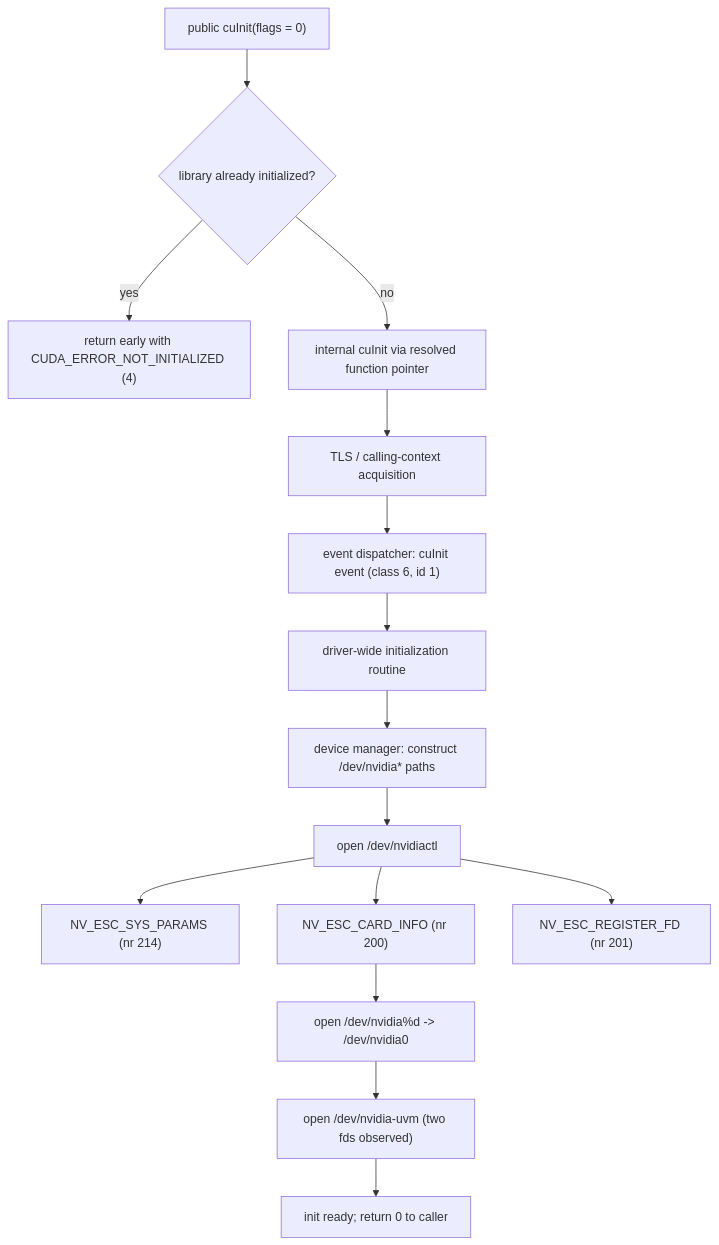
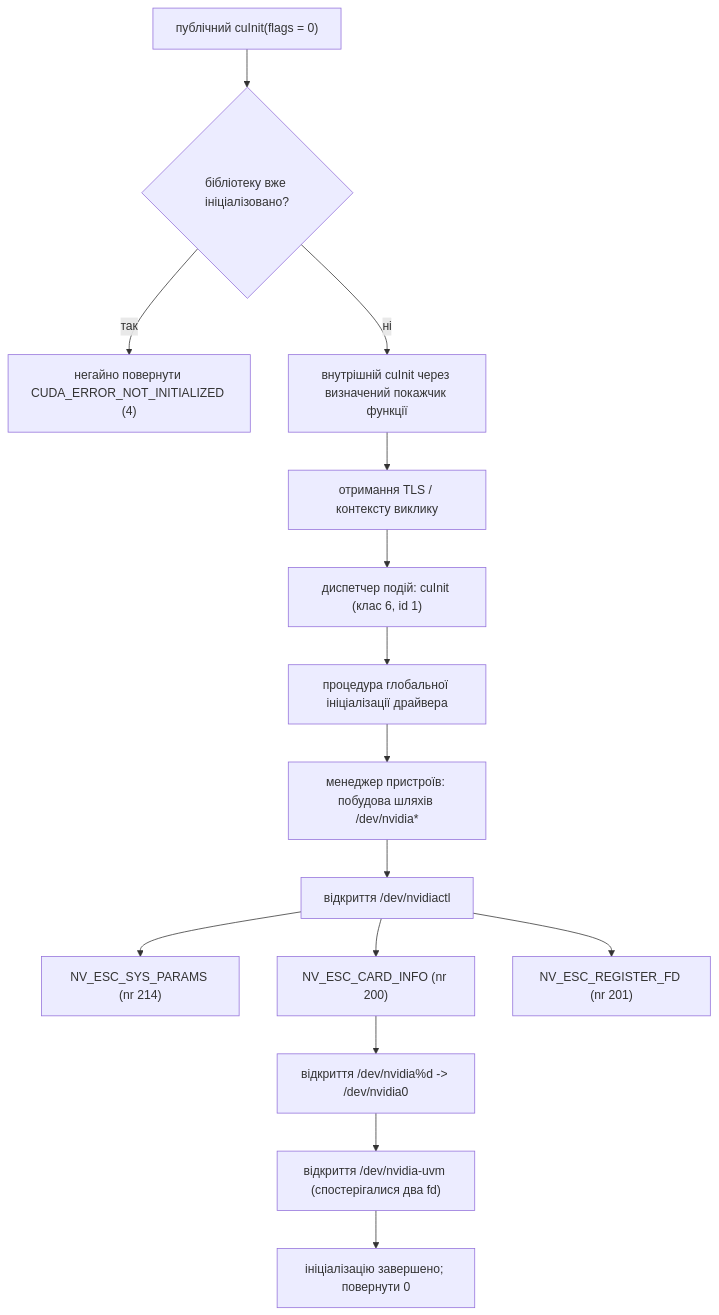
The diagram in docs/01-cuInit-flow.md (juv4uk/gp107-nvidia-re), drawn with Mermaid before and after one commit. The commit also changed other lines of this file and 2 other files, not shown here.

````diff
--- a/docs/01-cuInit-flow.md
+++ b/docs/01-cuInit-flow.md
@@ -15,17 +15,17 @@
 ```mermaid
 flowchart TD
-    A["public cuInit(flags = 0)"] --> B{"library already initialized?"}
-    B -- yes --> Z["return early with CUDA_ERROR_NOT_INITIALIZED (4)"]
-    B -- no --> C["internal cuInit via resolved function pointer"]
-    C --> D["TLS / calling-context acquisition"]
-    D --> E["event dispatcher: cuInit event (class 6, id 1)"]
-    E --> F["driver-wide initialization routine"]
-    F --> G["device manager: construct /dev/nvidia* paths"]
-    G --> H["open /dev/nvidiactl"]
+    A["публічний cuInit(flags = 0)"] --> B{"бібліотеку вже ініціалізовано?"}
+    B -- так --> Z["негайно повернути CUDA_ERROR_NOT_INITIALIZED (4)"]
+    B -- ні --> C["внутрішній cuInit через визначений покажчик функції"]
+    C --> D["отримання TLS / контексту виклику"]
+    D --> E["диспетчер подій: cuInit (клас 6, id 1)"]
+    E --> F["процедура глобальної ініціалізації драйвера"]
+    F --> G["менеджер пристроїв: побудова шляхів /dev/nvidia*"]
+    G --> H["відкриття /dev/nvidiactl"]
     H --> I["NV_ESC_SYS_PARAMS (nr 214)"]
     H --> J["NV_ESC_CARD_INFO (nr 200)"]
     H --> K["NV_ESC_REGISTER_FD (nr 201)"]
-    J --> L["open /dev/nvidia%d -> /dev/nvidia0"]
-    L --> M["open /dev/nvidia-uvm (two fds observed)"]
-    M --> N["init ready; return 0 to caller"]
+    J --> L["відкриття /dev/nvidia%d -> /dev/nvidia0"]
+    L --> M["відкриття /dev/nvidia-uvm (спостерігалися два fd)"]
+    M --> N["ініціалізацію завершено; повернути 0"]
 ```
````
